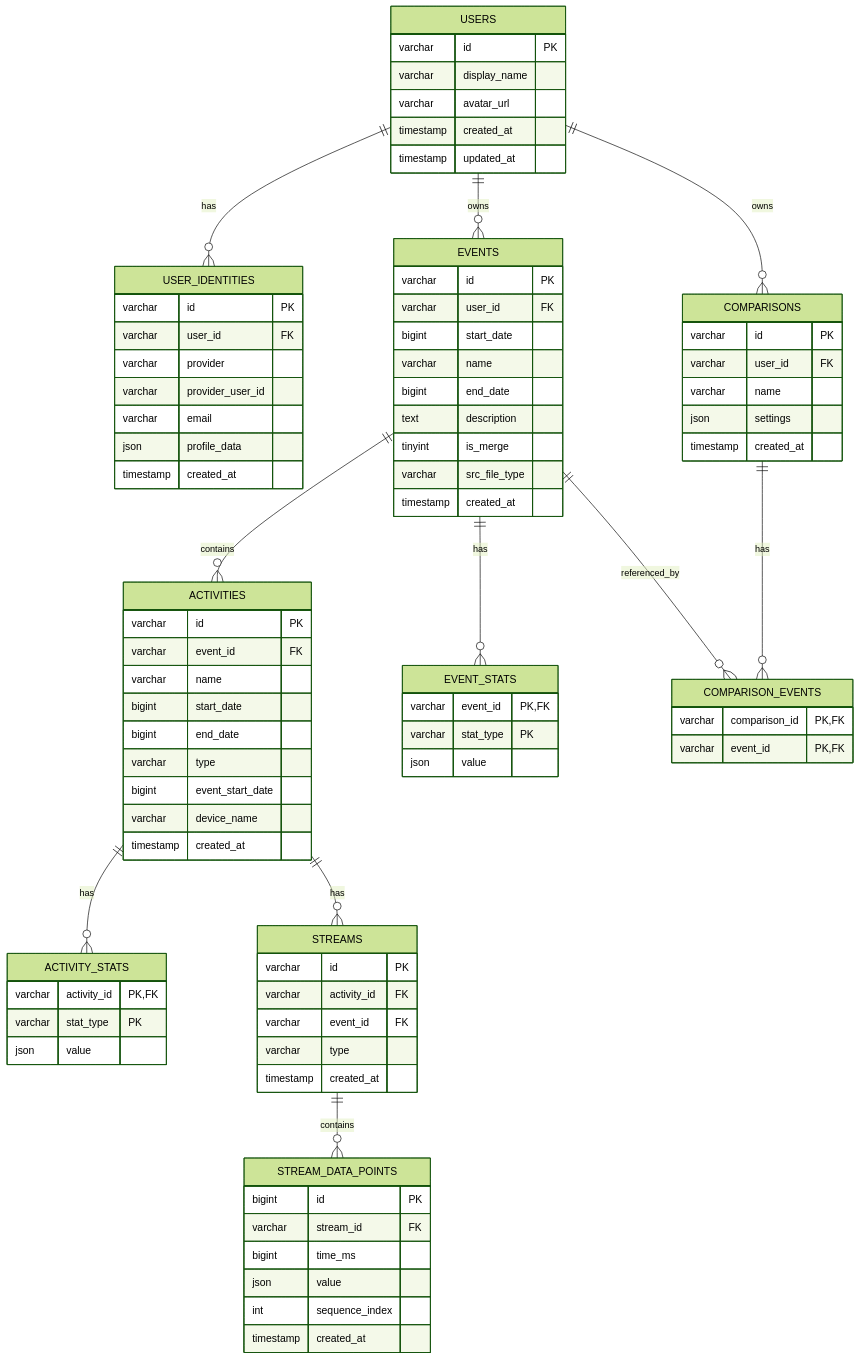
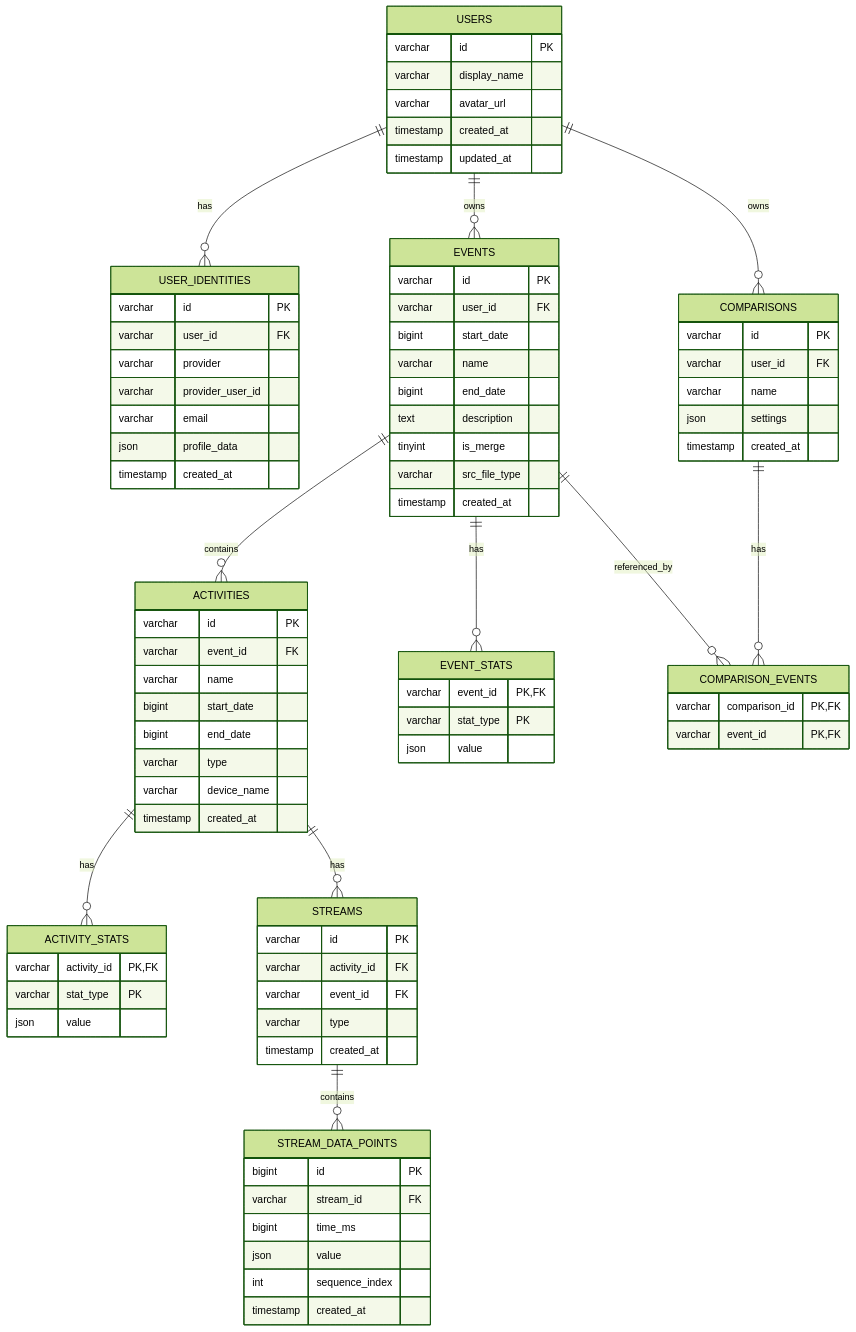
One commit to luispabon/OpenFitLab changed the second of 4 diagrams in docs/ARCHITECTURE.md. Above: the diagram before and after it, drawn with Mermaid (forest theme). The commit also changed other lines of this file and 10 other files, not shown here.

First line of the commit message:
Remove unused stream_data_points.created_at and activities.event_start_date

```diff
--- a/docs/ARCHITECTURE.md
+++ b/docs/ARCHITECTURE.md
@@ -116,7 +116,6 @@
         bigint start_date
         bigint end_date
         varchar type
-        bigint event_start_date
         varchar device_name
         timestamp created_at
     }
```
